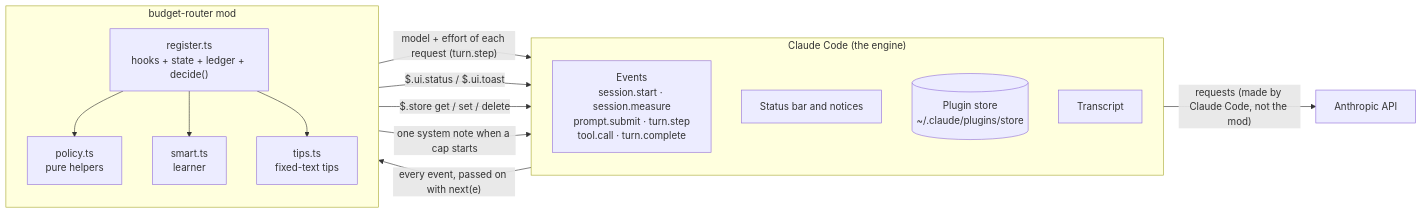
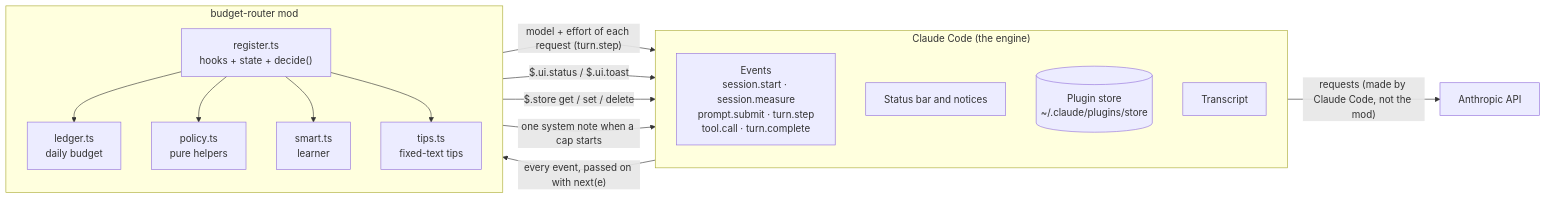
Before and after one commit to ValhalaStudio/budget-router-kit: the first of 6 diagrams in plugins/budget-router/ARCHITECTURE.md, drawn with Mermaid. The commit also changed other lines of this file and 3 other files, not shown here.

Commit message:
Ledger moves to ledger.ts: one base figure instead of start and carry, older stored ledgers read to the same numbers, 10 new tests

````diff
--- a/plugins/budget-router/ARCHITECTURE.md
+++ b/plugins/budget-router/ARCHITECTURE.md
@@ -16,27 +17,29 @@
 ```mermaid
 flowchart LR
   subgraph CC["Claude Code (the engine)"]
     direction TB
     EV["Events<br/>session.start · session.measure<br/>prompt.submit · turn.step<br/>tool.call · turn.complete"]
     UI["Status bar and notices"]
     ST[("Plugin store<br/>~/.claude/plugins/store")]
     TR["Transcript"]
   end
   subgraph MOD["budget-router mod"]
     direction TB
-    REG["register.ts<br/>hooks + state + ledger + decide()"]
+    REG["register.ts<br/>hooks + state + decide()"]
+    LED["ledger.ts<br/>daily budget"]
     POL["policy.ts<br/>pure helpers"]
     SM["smart.ts<br/>learner"]
     TP["tips.ts<br/>fixed-text tips"]
+    REG --> LED
     REG --> POL
     REG --> SM
     REG --> TP
   end
   API["Anthropic API"]
   EV -- "every event, passed on with next(e)" --> REG
   REG -- "model + effort of each request (turn.step)" --> EV
   REG -- "$.ui.status / $.ui.toast" --> UI
   REG -- "$.store get / set / delete" --> ST
   REG -- "one system note when a cap starts" --> TR
   EV -- "requests (made by Claude Code, not the mod)" --> API
 ```
````
